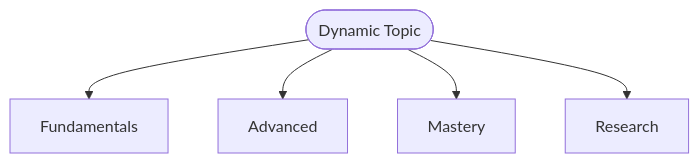
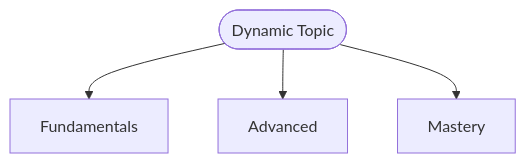
The third of 6 diagrams in _sources/ai-roadmap/README.md (robotbrainlab/robotbrainlab.github.io), drawn with Mermaid before and after one commit. The commit also changed other lines of this file and 176 other files, not shown here.

````diff
--- a/_sources/ai-roadmap/README.md
+++ b/_sources/ai-roadmap/README.md
@@ -149,7 +135,7 @@
 ```mermaid
 flowchart TD
     T(["Dynamic Topic"]) --> F["Fundamentals"]
     T --> A["Advanced"]
     T --> M["Mastery"]
-    T --> R["Research"]
+
 ```
````
